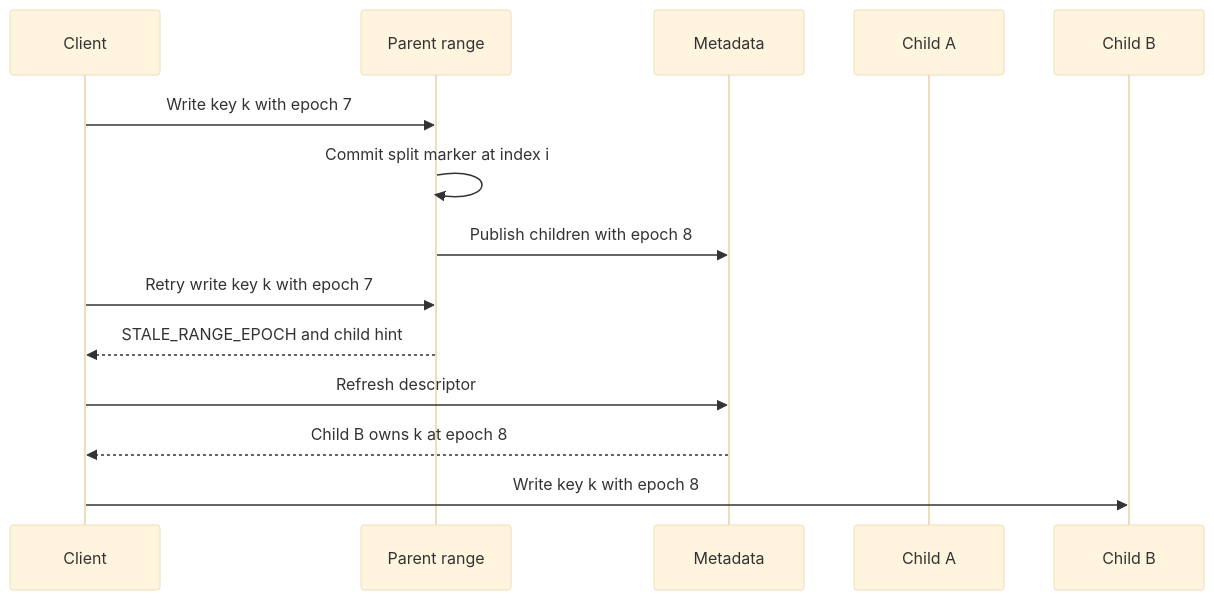
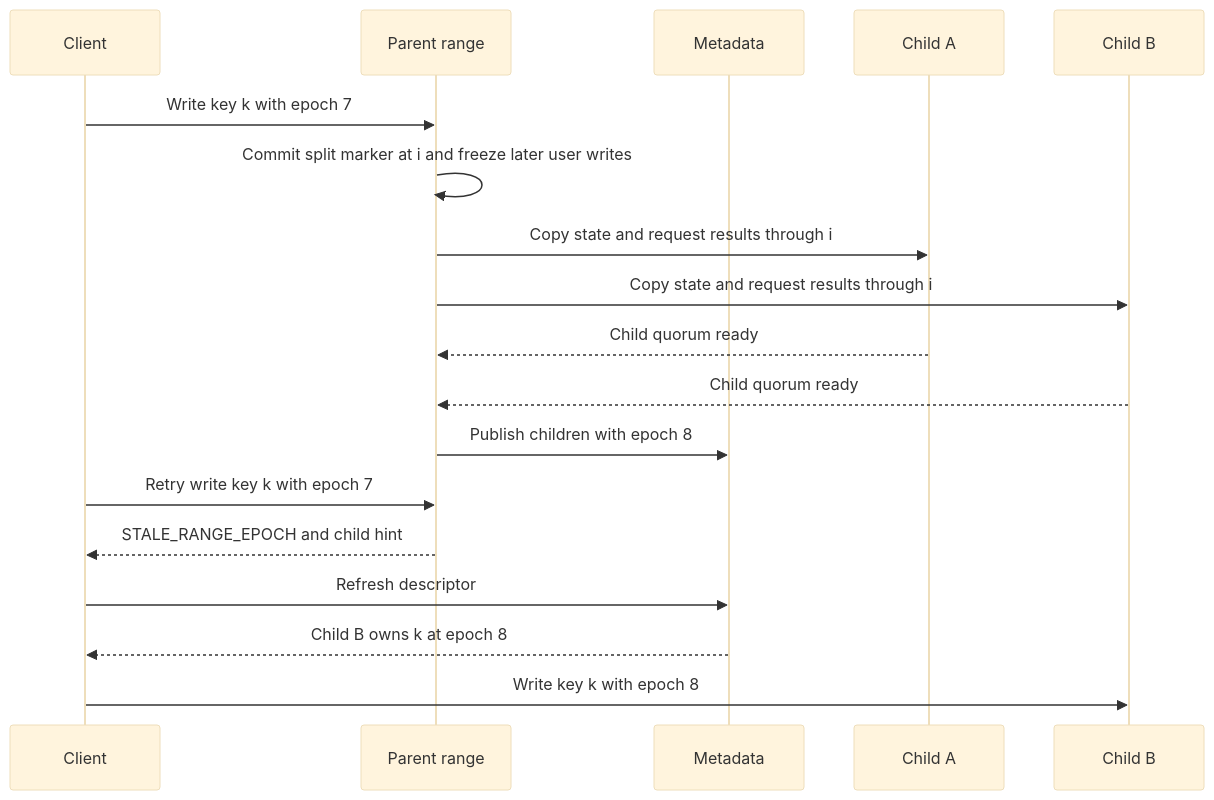
The third of 5 diagrams in distributed-key-value-store-system-design.md (Pranshu258/system-design), drawn with Mermaid (base theme) before and after one commit. The commit also changed other lines of this file and 23 other files, not shown here.

````diff
--- a/distributed-key-value-store-system-design.md
+++ b/distributed-key-value-store-system-design.md
@@ -220,16 +221,20 @@
 ```mermaid
 sequenceDiagram
     participant C as Client
     participant P as Parent range
     participant M as Metadata
     participant A as Child A
     participant B as Child B
     C->>P: Write key k with epoch 7
-    P->>P: Commit split marker at index i
+    P->>P: Commit split marker at i and freeze later user writes
+    P->>A: Copy state and request results through i
+    P->>B: Copy state and request results through i
+    A-->>P: Child quorum ready
+    B-->>P: Child quorum ready
     P->>M: Publish children with epoch 8
     C->>P: Retry write key k with epoch 7
     P-->>C: STALE_RANGE_EPOCH and child hint
     C->>M: Refresh descriptor
     M-->>C: Child B owns k at epoch 8
     C->>B: Write key k with epoch 8
 ```
````
